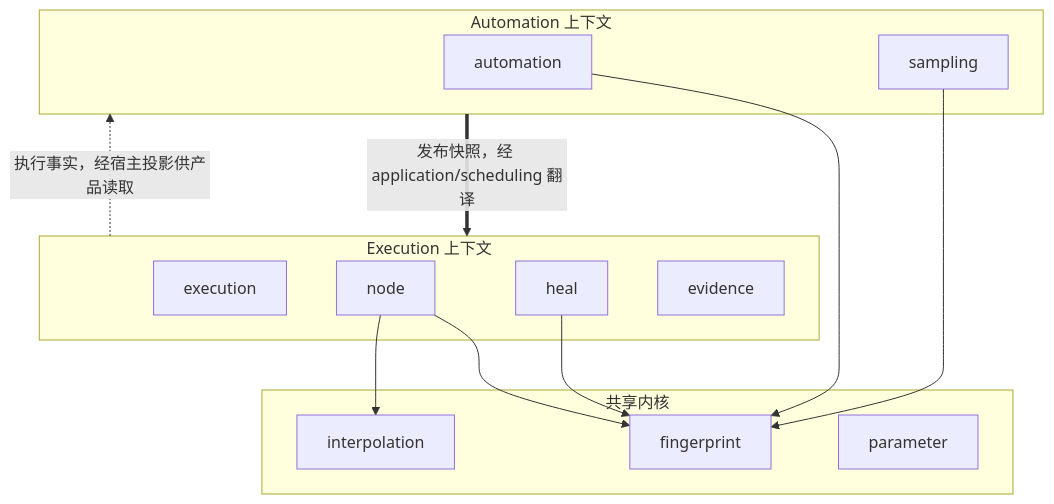
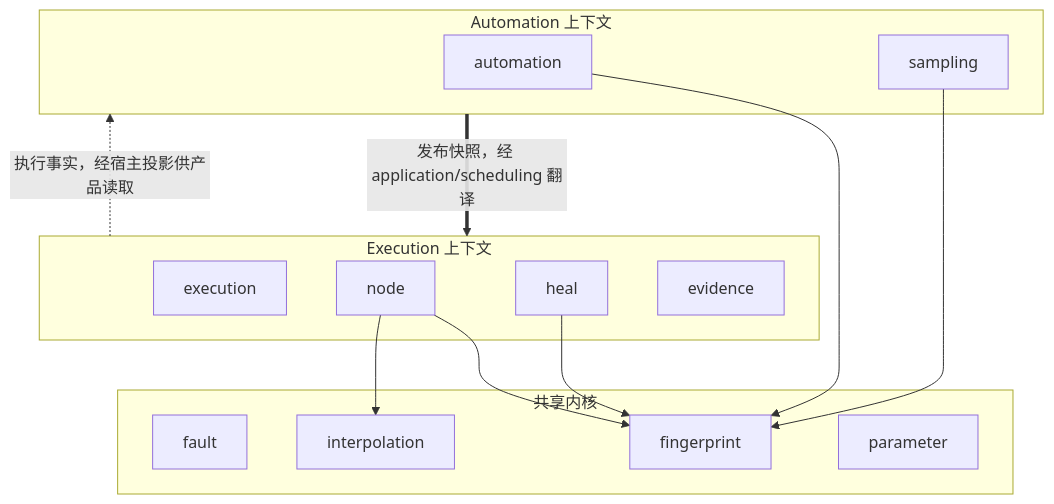
The diagram in docs/architecture/context-map.md (Capsule7446/healix-core), drawn with Mermaid before and after one commit. The commit also changed other lines of this file and 380 other files, not shown here.

````diff
--- a/docs/architecture/context-map.md
+++ b/docs/architecture/context-map.md
@@ -7,29 +11,30 @@
 ```mermaid
 flowchart TB
   subgraph AC[Automation 上下文]
     Automation[automation]
     Sampling[sampling]
   end
 
   subgraph EC[Execution 上下文]
     Execution[execution]
     Node[node]
     Heal[heal]
     Evidence[evidence]
   end
 
   subgraph SK[共享内核]
+    Fault[fault]
     Fingerprint[fingerprint]
     Interpolation[interpolation]
     Parameter[parameter]
   end
 
   Automation --> Fingerprint
   Sampling --> Fingerprint
   Node --> Fingerprint
   Node --> Interpolation
   Heal --> Fingerprint
 
   AC == "发布快照，经 application/scheduling 翻译" ==> EC
   EC -. "执行事实，经宿主投影供产品读取" .-> AC
 ```
````
